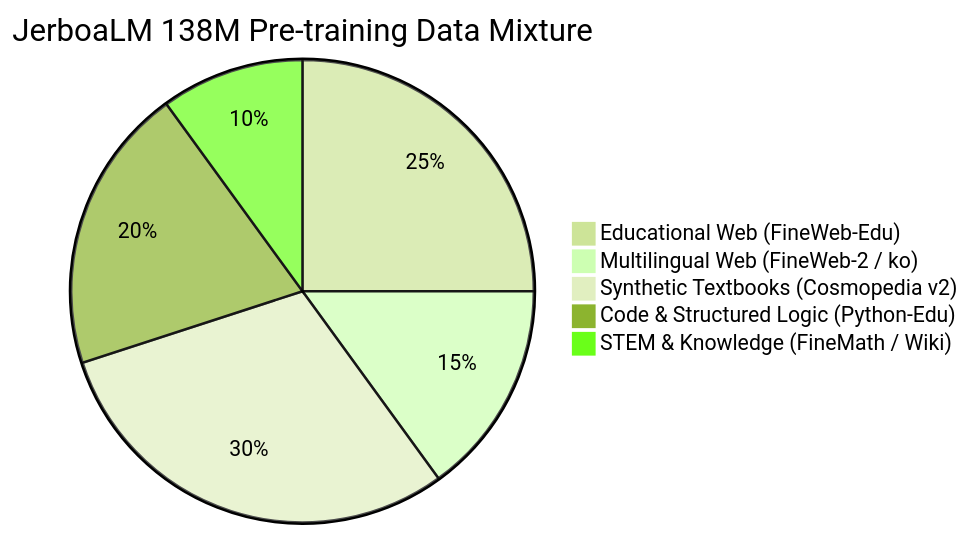
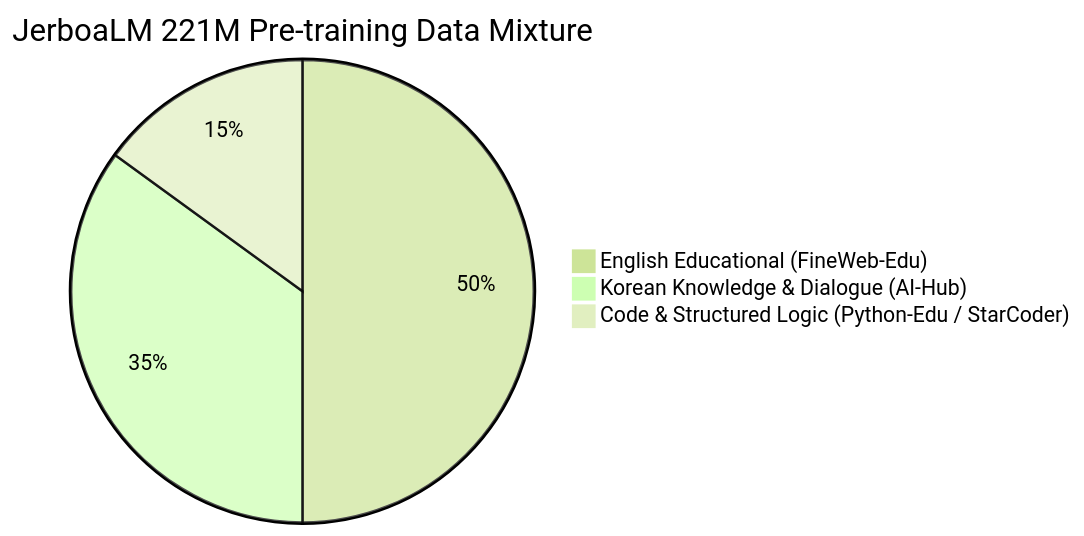
The first of 2 diagrams in docs/pretrain_data_plan.md (ztor2/jerboa), drawn with Mermaid (forest theme) before and after one commit. The commit also changed other lines of this file and 5 other files, not shown here.

````diff
--- a/docs/pretrain_data_plan.md
+++ b/docs/pretrain_data_plan.md
@@ -45,8 +40,6 @@
 ```mermaid
-pie title JerboaLM 138M Pre-training Data Mixture
-    "Educational Web (FineWeb-Edu)" : 25
-    "Multilingual Web (FineWeb-2 / ko)" : 15
-    "Synthetic Textbooks (Cosmopedia v2)" : 30
-    "Code & Structured Logic (Python-Edu)" : 20
-    "STEM & Knowledge (FineMath / Wiki)" : 10
+pie title JerboaLM 221M Pre-training Data Mixture
+    "English Educational (FineWeb-Edu)" : 50
+    "Korean Knowledge & Dialogue (AI-Hub)" : 35
+    "Code & Structured Logic (Python-Edu / StarCoder)" : 15
 ```
````
